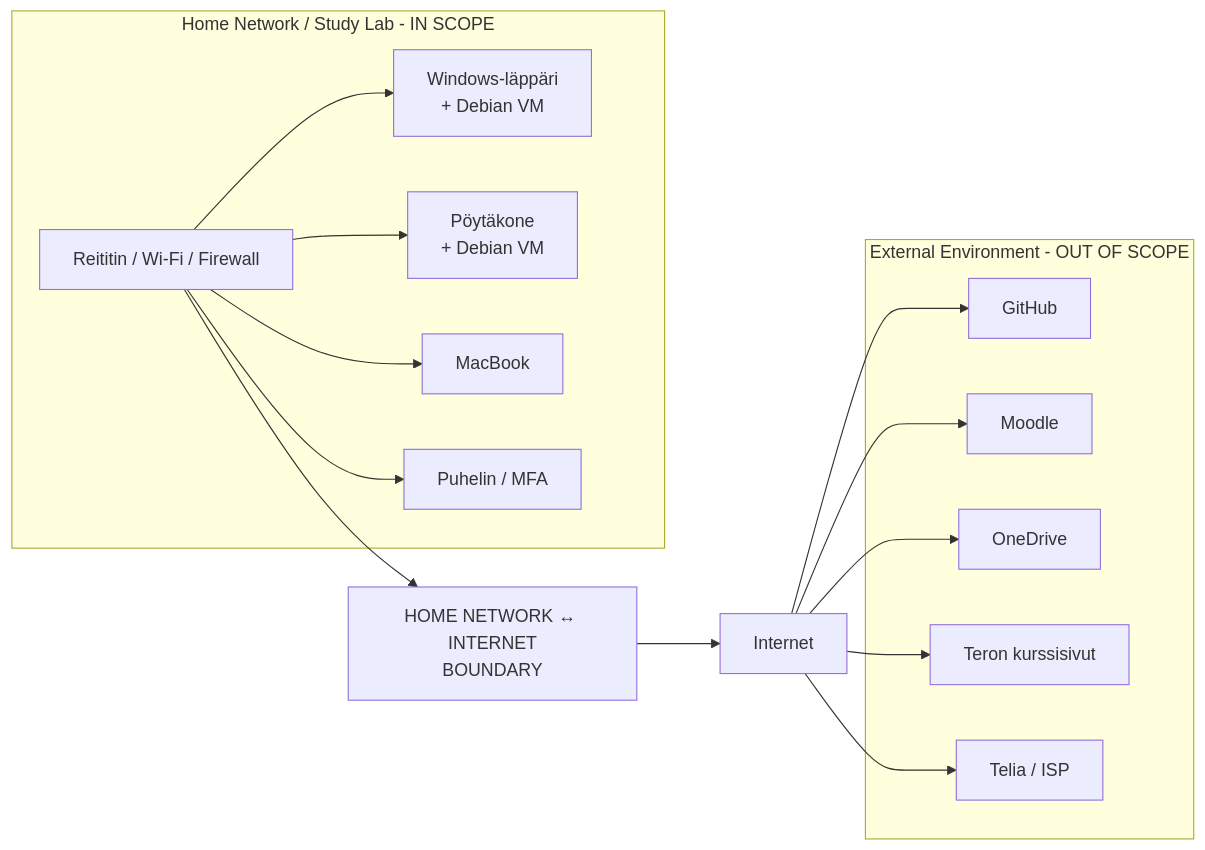
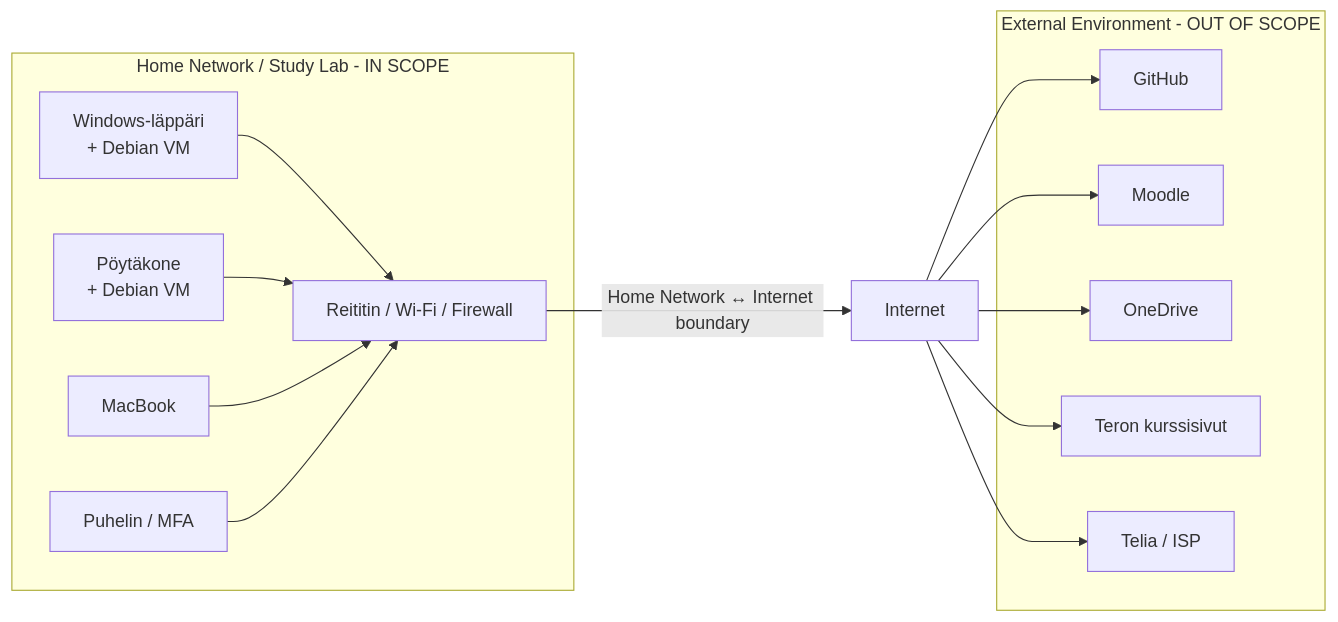
Before and after one commit to Ralchuu/sovellustenhakkerointi: the diagram in h1.md, drawn with Mermaid.

````diff
--- a/h1.md
+++ b/h1.md
@@ -89,36 +89,31 @@
 ```mermaid
 flowchart LR
     subgraph IN["Home Network / Study Lab - IN SCOPE"]
-        Router["Reititin / Wi-Fi / Firewall"]
         Laptop["Windows-läppäri<br/>+ Debian VM"]
         Desktop["Pöytäkone<br/>+ Debian VM"]
         Mac["MacBook"]
         Phone["Puhelin / MFA"]
+        Router["Reititin / Wi-Fi / Firewall"]
 
-        Router --> Laptop
-        Router --> Desktop
-        Router --> Mac
-        Router --> Phone
+        Laptop --> Router
+        Desktop --> Router
+        Mac --> Router
+        Phone --> Router
     end
 
-    Boundary["HOME NETWORK ↔ INTERNET<br/>BOUNDARY"]
-
-    Internet["Internet"]
+    Router -->|"Home Network ↔ Internet boundary"| Internet["Internet"]
 
     subgraph OUT["External Environment - OUT OF SCOPE"]
         GitHub["GitHub"]
         Moodle["Moodle"]
         OneDrive["OneDrive"]
         Tero["Teron kurssisivut"]
         ISP["Telia / ISP"]
     end
 
-    Router --> Boundary
-    Boundary --> Internet
-
     Internet --> GitHub
     Internet --> Moodle
     Internet --> OneDrive
     Internet --> Tero
     Internet --> ISP
 ```
````
